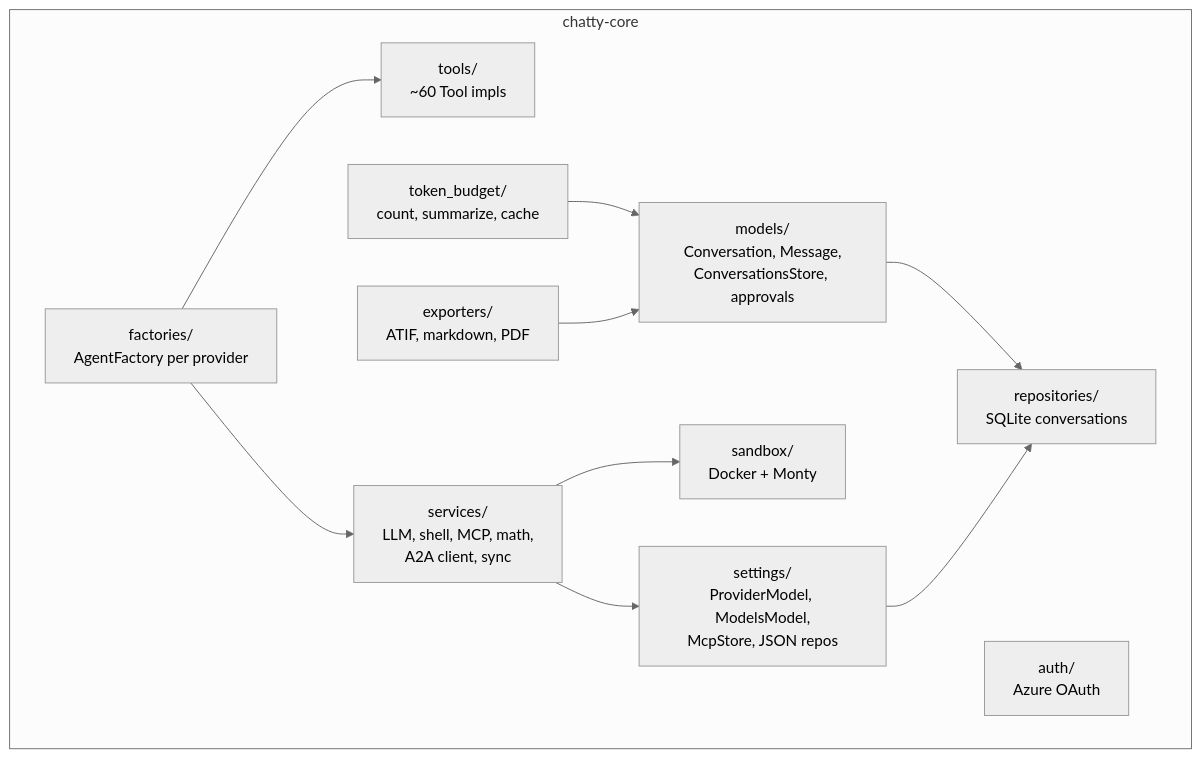
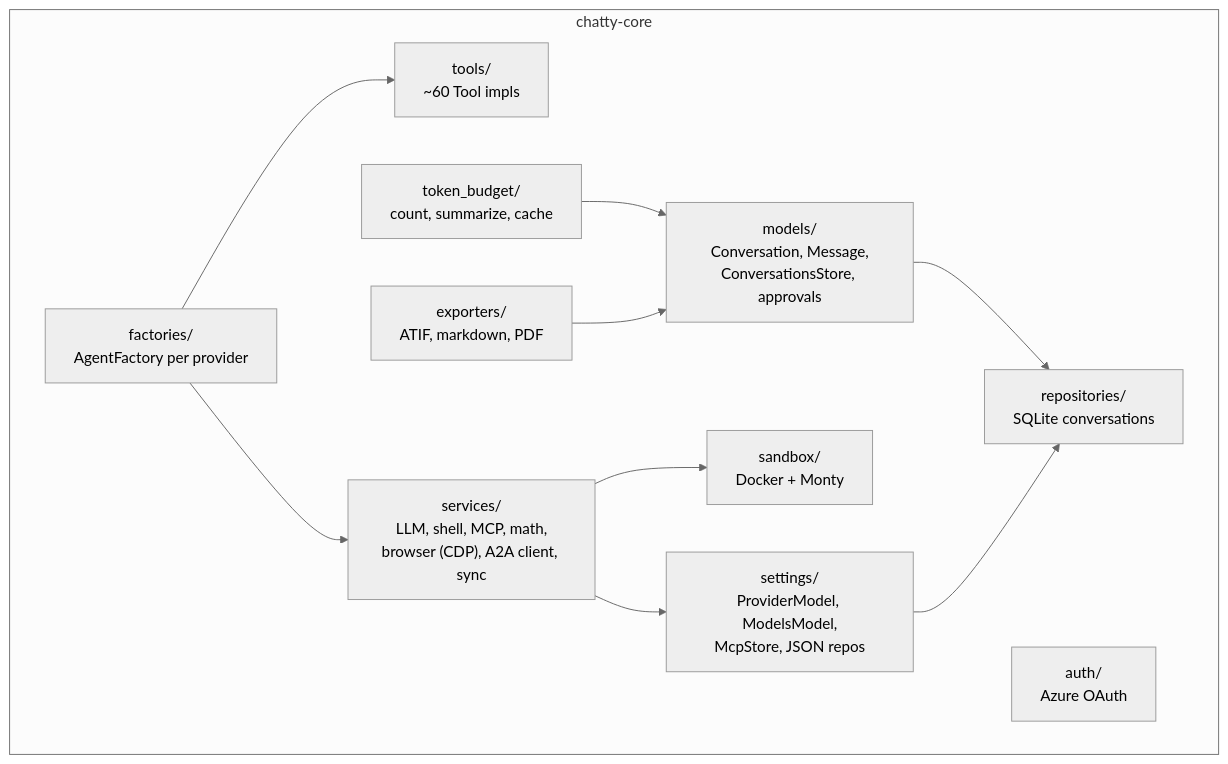
Before and after one commit to boersmamarcel/chatty2: the second of 9 diagrams in docs/component-map.md, drawn with Mermaid (neutral theme). The commit also changed 31 other files, not shown here.

````diff
--- a/docs/component-map.md
+++ b/docs/component-map.md
@@ -51,24 +51,24 @@
 ```mermaid
 flowchart TB
   subgraph core [chatty-core]
     models["models/<br/>Conversation, Message,<br/>ConversationsStore, approvals"]
     settings["settings/<br/>ProviderModel, ModelsModel,<br/>McpStore, JSON repos"]
     repositories["repositories/<br/>SQLite conversations"]
     factories["factories/<br/>AgentFactory per provider"]
-    services["services/<br/>LLM, shell, MCP, math,<br/>A2A client, sync"]
+    services["services/<br/>LLM, shell, MCP, math,<br/>browser (CDP), A2A client, sync"]
     tools["tools/<br/>~60 Tool impls"]
     sandbox["sandbox/<br/>Docker + Monty"]
     token_budget["token_budget/<br/>count, summarize, cache"]
     exporters["exporters/<br/>ATIF, markdown, PDF"]
     auth["auth/<br/>Azure OAuth"]
   end
 
   factories --> tools
   factories --> services
   services --> sandbox
   services --> settings
   models --> repositories
   settings --> repositories
   token_budget --> models
   exporters --> models
 ```
````
